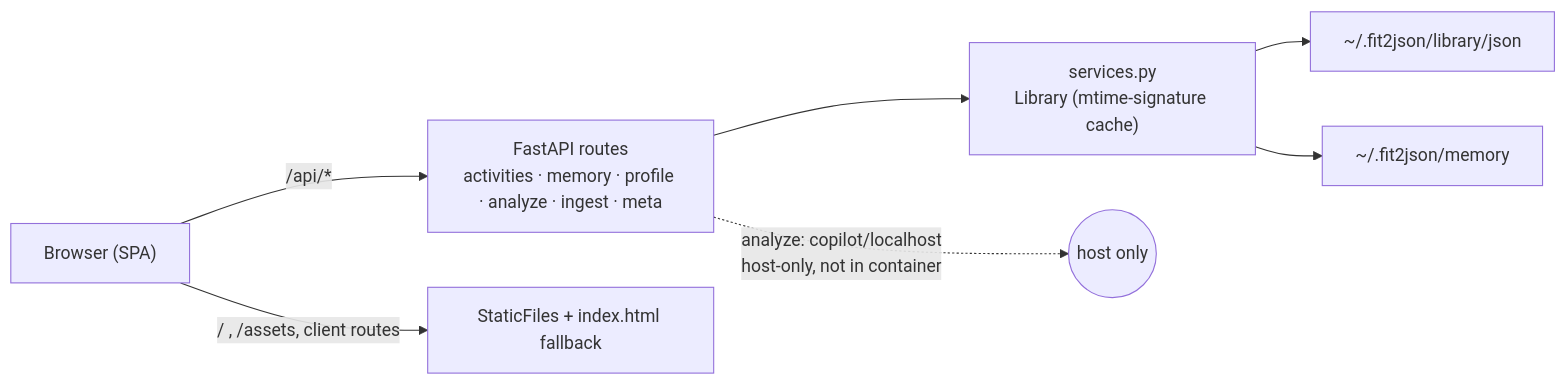
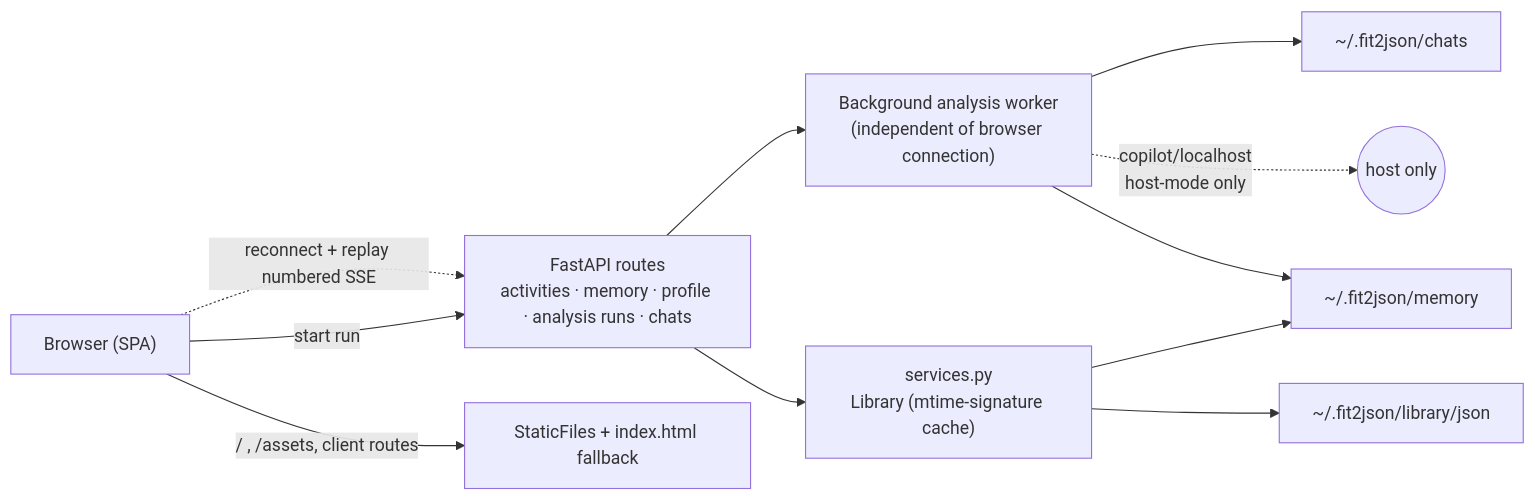
One commit to kerem-ersoz/fit2json changed the seventh of 7 diagrams in ARCHITECTURE.md. Above: the diagram before and after it, drawn with Mermaid. The commit also changed other lines of this file and 18 other files, not shown here.

First line of the commit message:
Run analyses in the background

````diff
--- a/ARCHITECTURE.md
+++ b/ARCHITECTURE.md
@@ -263,9 +271,13 @@
 ```mermaid
 flowchart LR
-  B["Browser (SPA)"] -->|"/api/*"| API["FastAPI routes<br/>activities · memory · profile · analyze · ingest · meta"]
+  B["Browser (SPA)"] -->|"start run"| API["FastAPI routes<br/>activities · memory · profile · analysis runs · chats"]
+  B -.->|"reconnect + replay numbered SSE"| API
   B -->|"/ , /assets, client routes"| SPA["StaticFiles + index.html fallback"]
+  API --> RUN["Background analysis worker<br/>(independent of browser connection)"]
   API --> SVC["services.py<br/>Library (mtime-signature cache)"]
   SVC --> LIB["~/.fit2json/library/json"]
   SVC --> MEM["~/.fit2json/memory"]
-  API -.->|"analyze: copilot/localhost<br/>host-only, not in container"| X(("host only"))
+  RUN --> CHAT["~/.fit2json/chats"]
+  RUN --> MEM
+  RUN -.->|"copilot/localhost<br/>host-mode only"| X(("host only"))
 ```
````
